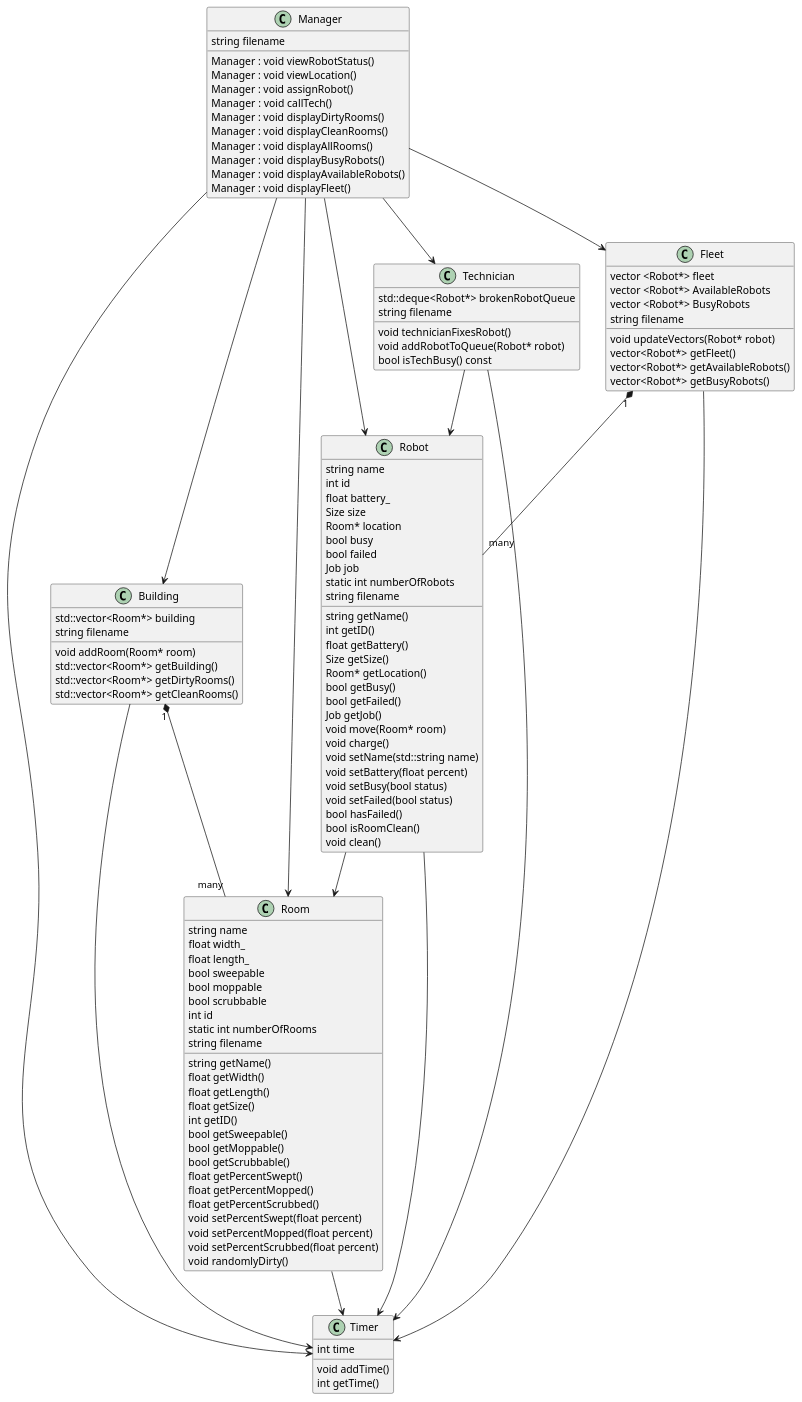
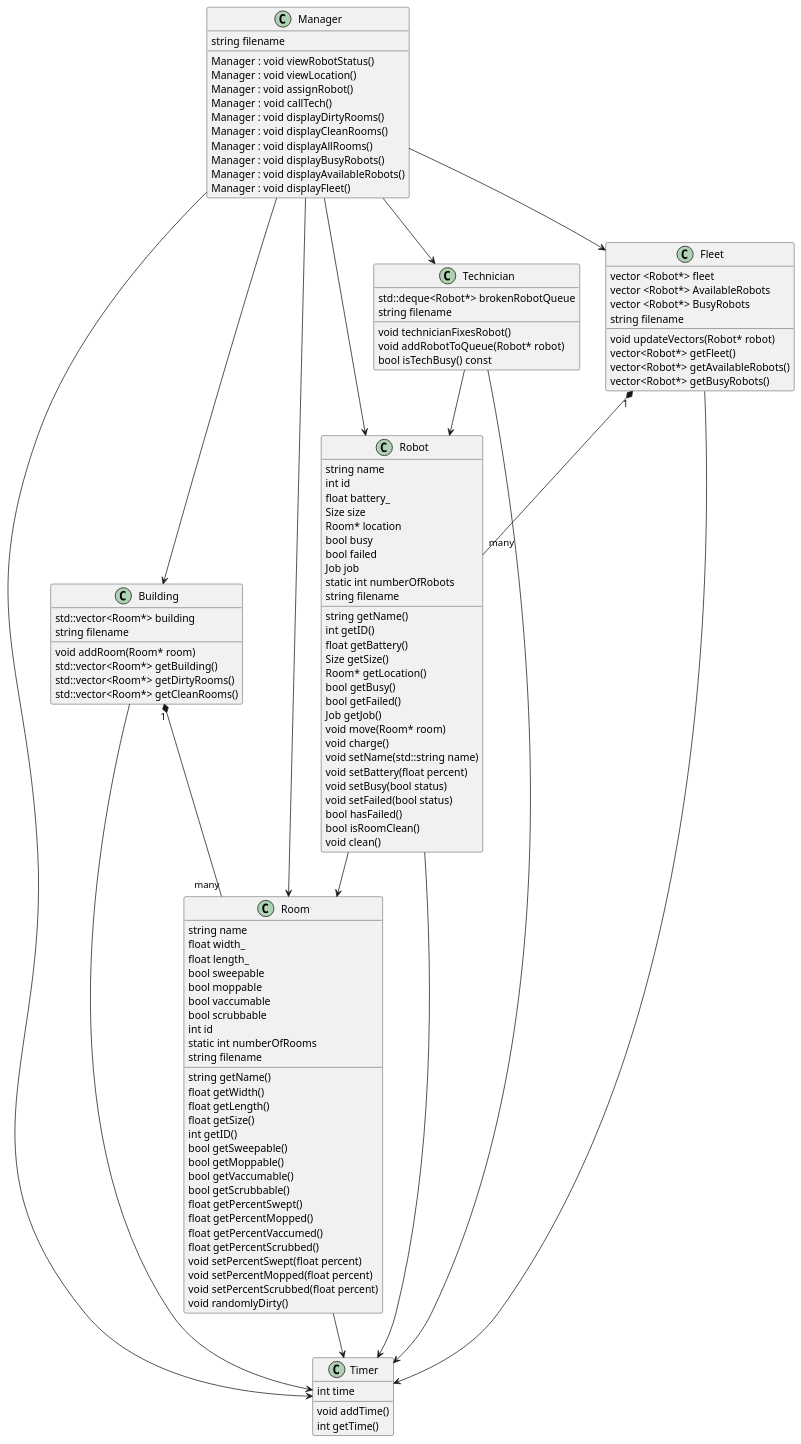
One commit to ur-cs-courses/course-project-catch-up changed the diagram in docs/design/classdiagram/ClassDiagram.puml. Above: the diagram before and after it, drawn with PlantUML.

Commit message:
updated the class diagram with vaccum function

```diff
--- a/docs/design/classdiagram/ClassDiagram.puml
+++ b/docs/design/classdiagram/ClassDiagram.puml
@@ -1,155 +1,158 @@
 @startuml Class Diagram
 
 'Manager uses Room
 Manager --> Room
 'Manager uses Robot
 Manager --> Robot
 'Manager uses Technician
 Manager --> Technician
 'Manager uses Fleet
 Manager --> Fleet
 'Manager uses Building
 Manager --> Building
 
 
 
 'Technician uses Robot
 Technician --> Robot
 'Robot uses Room
 Robot --> Room
 'One Fleet contains many robots
 Fleet "1" *-- "many" Robot
 'One Building contains many Rooms
 Building "1" *-- "many" Room
 
 'Manager uses Timer
 Manager --> Timer
 'Technician uses Timer
 Technician --> Timer
 'Fleet uses Timer
 Fleet --> Timer
 'Building uses Timer
 Building --> Timer
 'Robot uses Timer
 Robot --> Timer
 'Room uses Timer
 Room --> Timer
 
 
 class Manager{
 string filename
 
 Manager : void viewRobotStatus()
 Manager : void viewLocation()
 Manager : void assignRobot()
 Manager : void callTech()
 Manager : void displayDirtyRooms()
 Manager : void displayCleanRooms()
 Manager : void displayAllRooms()
 Manager : void displayBusyRobots()
 Manager : void displayAvailableRobots()
 Manager : void displayFleet()
 }
 
 class Room{
 string name
 float width_
 float length_
 bool sweepable
 bool moppable
+bool vaccumable
 bool scrubbable
 int id
 static int numberOfRooms
 string filename
 
 string getName()
 float getWidth()
 float getLength()
 float getSize()
 int getID()
 bool getSweepable()
 bool getMoppable()
+bool getVaccumable()
 bool getScrubbable()
 float getPercentSwept()
 float getPercentMopped()
+float getPercentVaccumed()
 float getPercentScrubbed()
 void setPercentSwept(float percent)
 void setPercentMopped(float percent)
 void setPercentScrubbed(float percent)
 void randomlyDirty()
 }
 
 class Robot{
 string name
 int id
 float battery_
 Size size
 Room* location
 bool busy
 bool failed
 Job job
 static int numberOfRobots
 string filename
 
 string getName()
 int getID()
 float getBattery()
 Size getSize()
 Room* getLocation()
 bool getBusy()
 bool getFailed()
 Job getJob()
 void move(Room* room)
 void charge()
 void setName(std::string name)
 void setBattery(float percent)
 void setBusy(bool status)
 void setFailed(bool status)
 bool hasFailed()
 bool isRoomClean()
 void clean()
 }
 
 class Fleet{
       vector <Robot*> fleet
       vector <Robot*> AvailableRobots
       vector <Robot*> BusyRobots
       string filename
 
       void updateVectors(Robot* robot)
       vector<Robot*> getFleet()
       vector<Robot*> getAvailableRobots()
       vector<Robot*> getBusyRobots()
 
 }
 
 class Technician{
     std::deque<Robot*> brokenRobotQueue
     string filename
 
     void technicianFixesRobot()
     void addRobotToQueue(Robot* robot)
     bool isTechBusy() const
 
 }
 
 class Building{
     std::vector<Room*> building
     string filename
 
     void addRoom(Room* room)
     std::vector<Room*> getBuilding()
     std::vector<Room*> getDirtyRooms()
     std::vector<Room*> getCleanRooms()
 }
 
 class Timer{
     int time
 
     void addTime()
     int getTime()
 }
 
 
 
 @enduml
```
